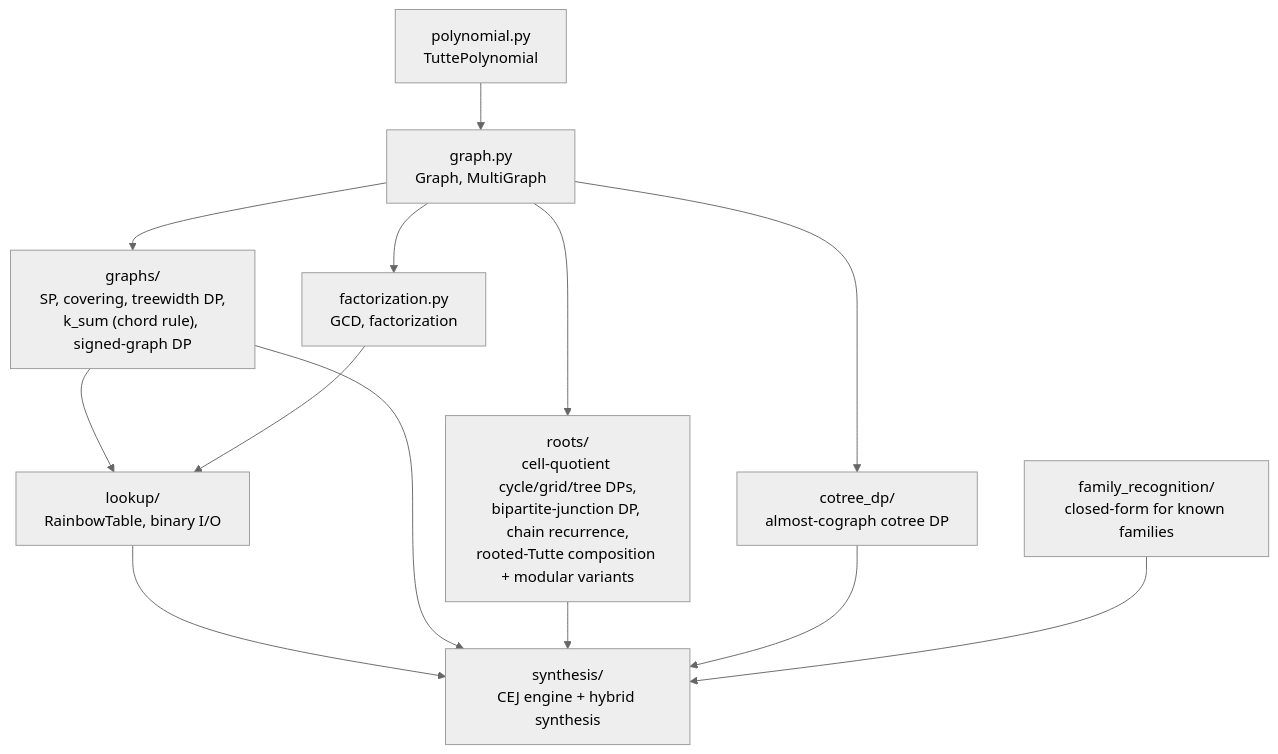
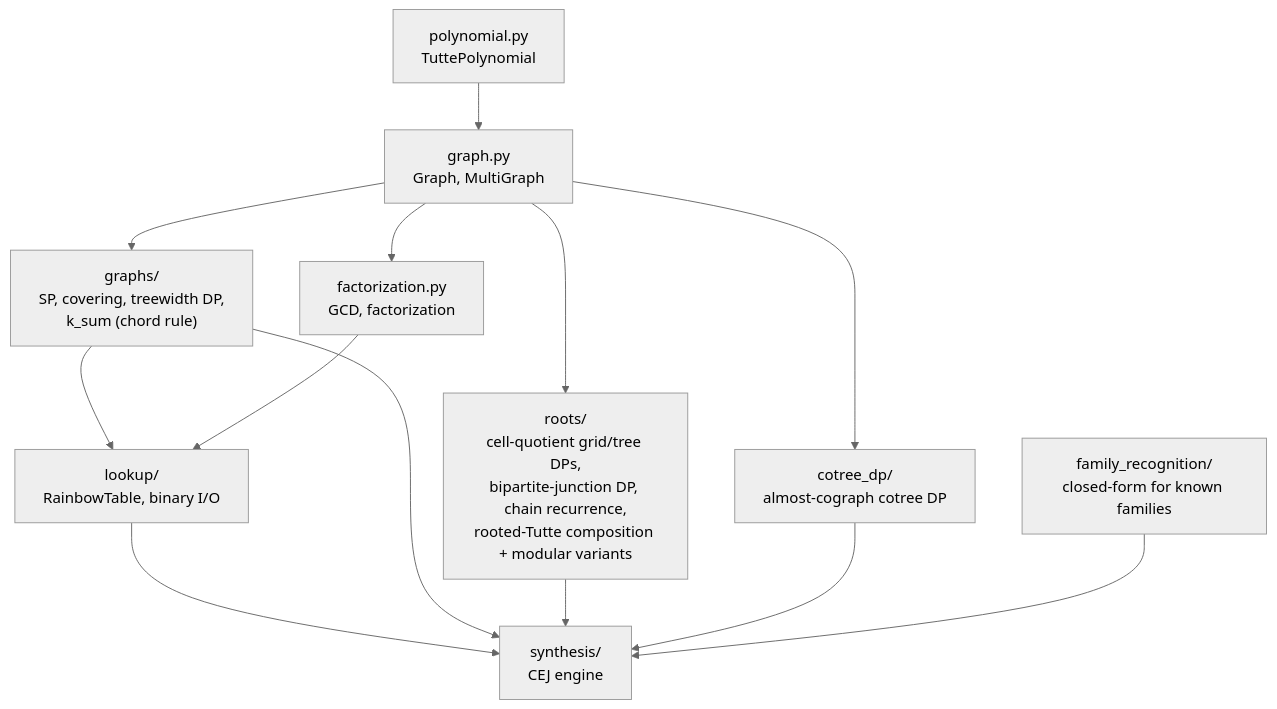
The first of 2 diagrams in tutte/README.md (QuipNetwork/quip-protocol), drawn with Mermaid (neutral theme) before and after one commit. The commit also changed other lines of this file and 21 other files, not shown here.

````diff
--- a/tutte/README.md
+++ b/tutte/README.md
@@ -14,15 +14,15 @@
 ```mermaid
 graph TD
     P["polynomial.py<br/>TuttePolynomial"] --> G["graph.py<br/>Graph, MultiGraph"]
-    G --> GR["graphs/<br/>SP, covering, treewidth DP,<br/>k_sum (chord rule), signed-graph DP"]
+    G --> GR["graphs/<br/>SP, covering, treewidth DP,<br/>k_sum (chord rule)"]
     G --> F["factorization.py<br/>GCD, factorization"]
-    G --> RT["roots/<br/>cell-quotient cycle/grid/tree DPs,<br/>bipartite-junction DP, chain recurrence,<br/>rooted-Tutte composition + modular variants"]
+    G --> RT["roots/<br/>cell-quotient grid/tree DPs,<br/>bipartite-junction DP, chain recurrence,<br/>rooted-Tutte composition + modular variants"]
     G --> CT["cotree_dp/<br/>almost-cograph cotree DP"]
     GR --> L["lookup/<br/>RainbowTable, binary I/O"]
     F --> L
-    L --> S["synthesis/<br/>CEJ engine + hybrid synthesis"]
+    L --> S["synthesis/<br/>CEJ engine"]
     GR --> S
     RT --> S
     CT --> S
     FR["family_recognition/<br/>closed-form for known families"] --> S
 ```
````
